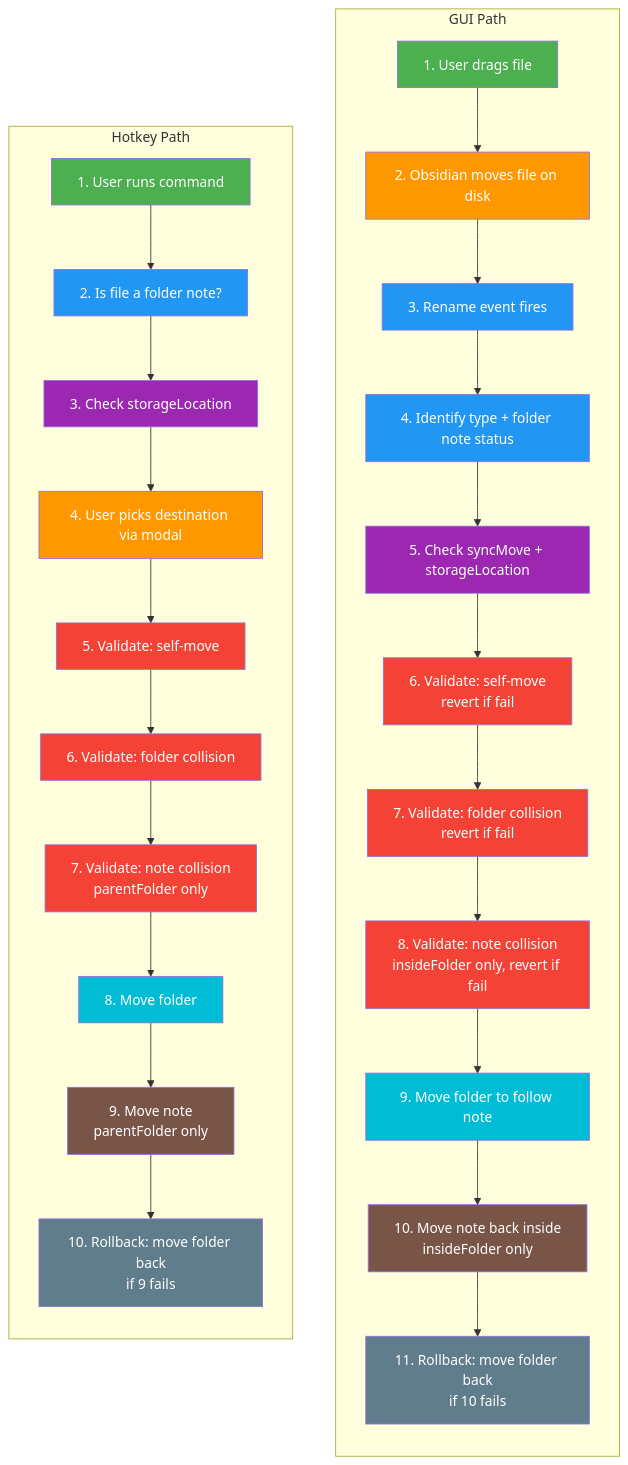
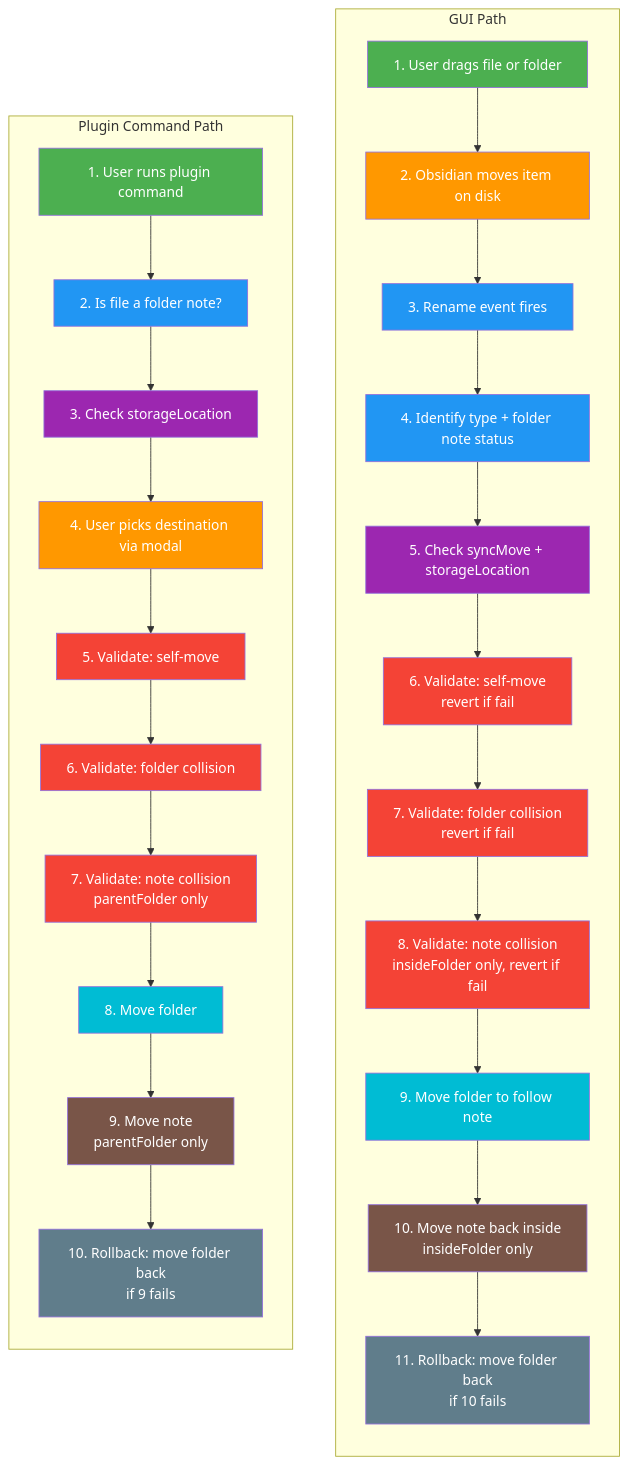
The first of 3 diagrams in src/events/handleRename.md (hollowhemlock/obsidian-folder-notes), drawn with Mermaid before and after one commit. The commit also changed other lines of this file, not shown here.

Commit message:
Clarify handleRename docs: plugin vs core commands and move flow context

````diff
--- a/src/events/handleRename.md
+++ b/src/events/handleRename.md
@@ -26,44 +57,44 @@
 ```mermaid
 graph LR
-    subgraph Hotkey ["Hotkey Path"]
+    subgraph Command ["Plugin Command Path"]
         direction TB
-        H1["1. User runs command"]:::trigger
+        H1["1. User runs plugin command"]:::trigger
         H2["2. Is file a folder note?"]:::identify
         H3["3. Check storageLocation"]:::settings
         H4["4. User picks destination via modal"]:::destination
         H5["5. Validate: self-move"]:::validate
         H6["6. Validate: folder collision"]:::validate
         H7["7. Validate: note collision\nparentFolder only"]:::validate
         H8["8. Move folder"]:::execFolder
         H9["9. Move note\nparentFolder only"]:::execNote
         H10["10. Rollback: move folder back\nif 9 fails"]:::rollback
         H1 --> H2 --> H3 --> H4 --> H5 --> H6 --> H7 --> H8 --> H9 --> H10
     end
 
     subgraph GUI ["GUI Path"]
         direction TB
-        G1["1. User drags file"]:::trigger
-        G2["2. Obsidian moves file on disk"]:::destination
+        G1["1. User drags file or folder"]:::trigger
+        G2["2. Obsidian moves item on disk"]:::destination
         G3["3. Rename event fires"]:::identify
         G4["4. Identify type + folder note status"]:::identify
         G5["5. Check syncMove + storageLocation"]:::settings
         G6["6. Validate: self-move\nrevert if fail"]:::validate
         G7["7. Validate: folder collision\nrevert if fail"]:::validate
         G8["8. Validate: note collision\ninsideFolder only, revert if fail"]:::validate
         G9["9. Move folder to follow note"]:::execFolder
         G10["10. Move note back inside\ninsideFolder only"]:::execNote
         G11["11. Rollback: move folder back\nif 10 fails"]:::rollback
         G1 --> G2 --> G3 --> G4 --> G5 --> G6 --> G7 --> G8 --> G9 --> G10 --> G11
     end
 
-    Hotkey ~~~ GUI
+    Command ~~~ GUI
 
     classDef trigger fill:#4CAF50,color:#fff
     classDef destination fill:#FF9800,color:#fff
     classDef identify fill:#2196F3,color:#fff
     classDef settings fill:#9C27B0,color:#fff
     classDef validate fill:#F44336,color:#fff
     classDef execFolder fill:#00BCD4,color:#fff
     classDef execNote fill:#795548,color:#fff
     classDef rollback fill:#607D8B,color:#fff
 ```
````
